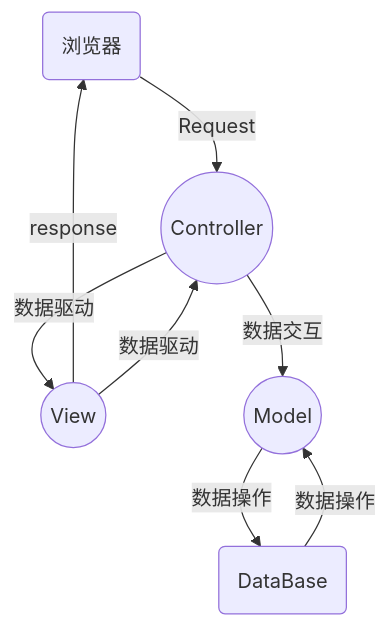
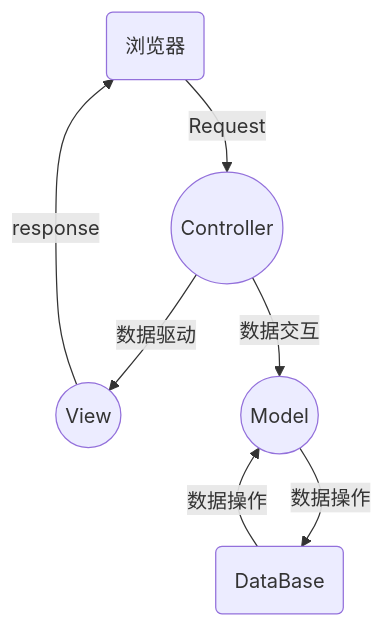
One commit to jicki/jicki.github.io changed the diagram in _posts/2000-01-01-golang-web-note-1.md. Above: the diagram before and after it, drawn with Mermaid.

````diff
--- a/_posts/2000-01-01-golang-web-note-1.md
+++ b/_posts/2000-01-01-golang-web-note-1.md
@@ -41,15 +41,14 @@
 ```mermaid
 graph TD;
   id1(浏览器)
   id2((Controller))
   id3((View))
   id4((Model))
   id5(DataBase)
   id1--Request-->id2;
   id3--response-->id1;
   id2--数据驱动-->id3; 
-  id3--数据驱动-->id2;
   id2--数据交互-->id4;
   id4--数据操作-->id5;
   id5--数据操作-->id4;
 ```
````
